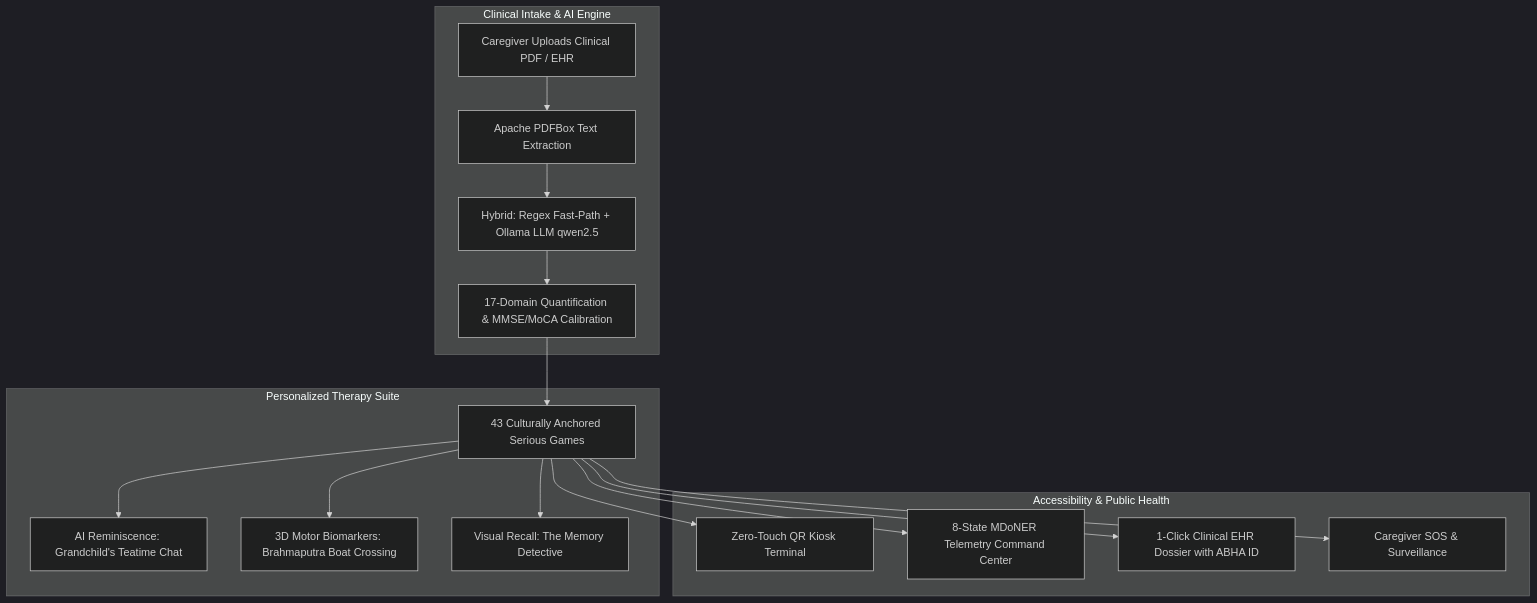
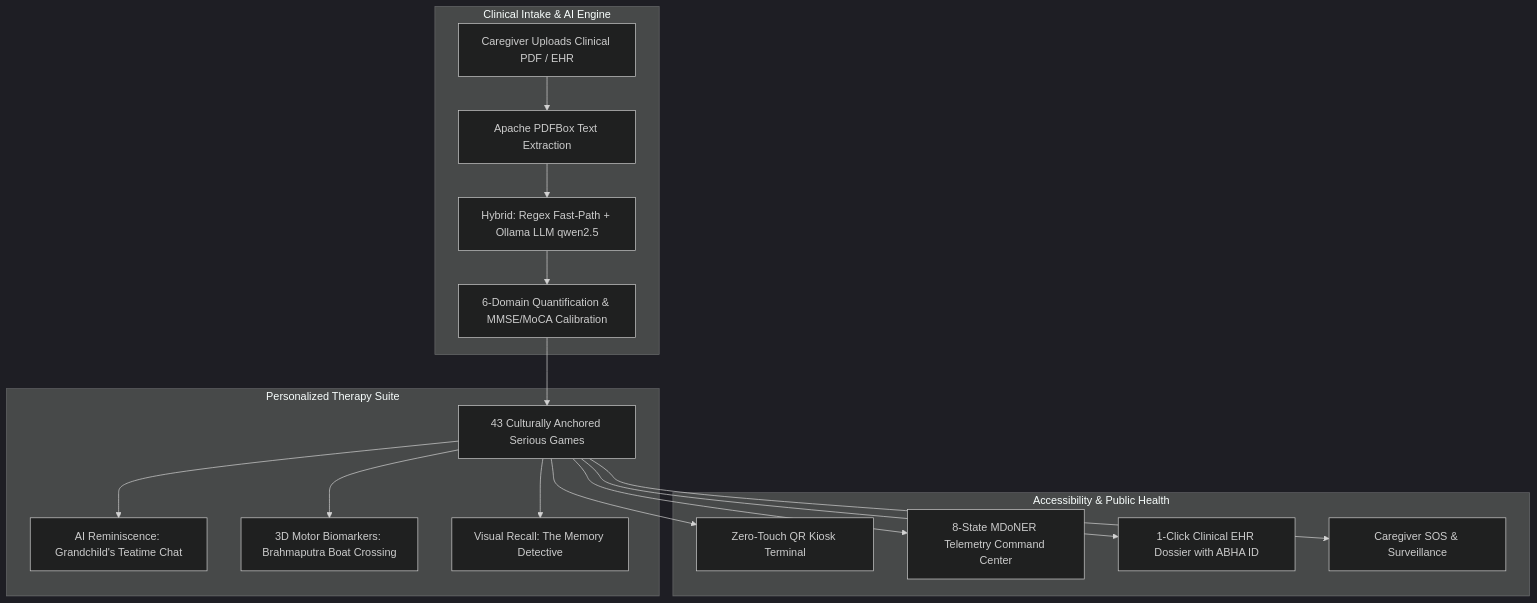
Before and after one commit to SachinyadavAug20/Cognitive-Gaming-Memory-Assistance-Platform: the diagram in README.md, drawn with Mermaid (dark theme). The commit also changed other lines of this file and 20 other files, not shown here.

````diff
--- a/README.md
+++ b/README.md
@@ -14,22 +14,22 @@
 ```mermaid
 graph TD
     subgraph Clinical Intake & AI Engine
         A[Caregiver Uploads Clinical PDF / EHR] --> B[Apache PDFBox Text Extraction]
         B --> C[Hybrid: Regex Fast-Path + Ollama LLM qwen2.5]
-        C --> D[17-Domain Quantification & MMSE/MoCA Calibration]
+        C --> D[6-Domain Quantification & MMSE/MoCA Calibration]
     end
 
     subgraph Personalized Therapy Suite
         D --> E[43 Culturally Anchored Serious Games]
         E --> F1[AI Reminiscence: Grandchild's Teatime Chat]
         E --> F2[3D Motor Biomarkers: Brahmaputra Boat Crossing]
         E --> F3[Visual Recall: The Memory Detective]
     end
 
     subgraph Accessibility & Public Health
         E --> G[Zero-Touch QR Kiosk Terminal]
         E --> H[8-State MDoNER Telemetry Command Center]
         E --> I[1-Click Clinical EHR Dossier with ABHA ID]
         E --> J[Caregiver SOS & Surveillance]
     end
 ```
````
